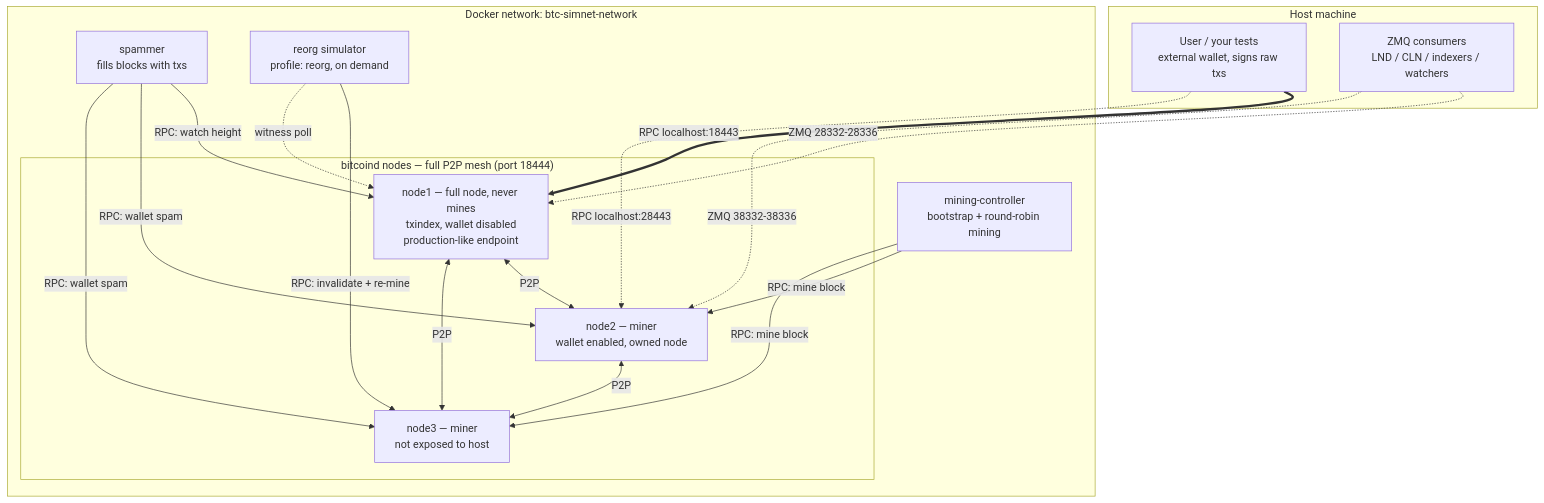
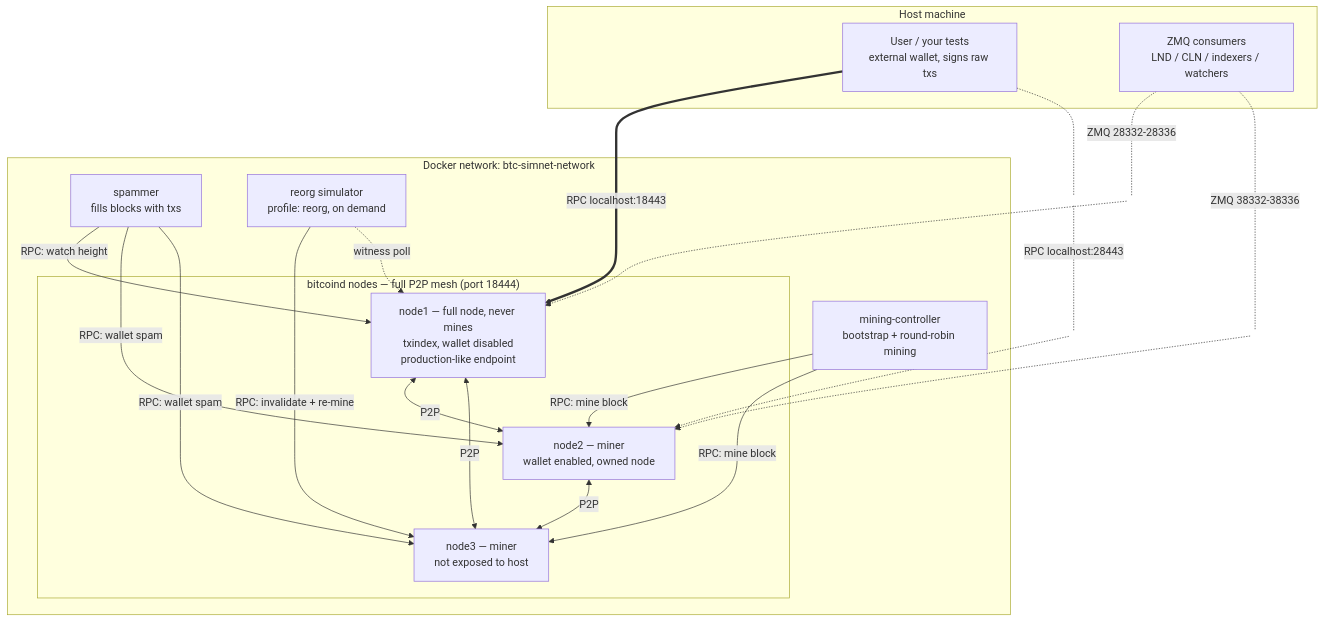
Before and after one commit to danielemiliogarcia/simchain: the first of 2 diagrams in README.md, drawn with Mermaid. The commit also changed other lines of this file and 1 other file, not shown here.

Commit message:
feat: mining controller see reorgs

````diff
--- a/README.md
+++ b/README.md
@@ -63,35 +63,50 @@
 ```mermaid
 flowchart TB
     subgraph host["Host machine"]
         user["User / your tests<br/>external wallet, signs raw txs"]
         zmqc["ZMQ consumers<br/>LND / CLN / indexers / watchers"]
     end
 
     subgraph net["Docker network: btc-simnet-network"]
         subgraph mesh["bitcoind nodes — full P2P mesh (port 18444)"]
             n1["node1 — full node, never mines<br/>txindex, wallet disabled<br/>production-like endpoint"]
             n2["node2 — miner<br/>wallet enabled, owned node"]
             n3["node3 — miner<br/>not exposed to host"]
         end
         mc["mining-controller<br/>bootstrap + round-robin mining"]
         sp["spammer<br/>fills blocks with txs"]
         rg["reorg simulator<br/>profile: reorg, on demand"]
     end
 
+    %% Invisible waypoints pull the host arrows apart so each port label
+    %% sits near the host boxes in open space instead of tangling with the
+    %% other arrows.
+    zmq1(( )):::waypoint
+    rpc2a(( )):::waypoint
+    rpc2(( )):::waypoint
+    zmq2(( )):::waypoint
+
     user ==>|"RPC localhost:18443"| n1
-    user -.->|"RPC localhost:28443"| n2
-    zmqc -.->|"ZMQ 28332-28336"| n1
-    zmqc -.->|"ZMQ 38332-38336"| n2
+    zmqc -.-|"ZMQ 28332-28336"| zmq1
+    zmq1 -.-> n1
+
+    user -.- rpc2a
+    rpc2a -.-|"RPC localhost:28443"| rpc2
+    rpc2 -.-> n2
+    zmqc -.-|"ZMQ 38332-38336"| zmq2
+    zmq2 -.-> n2
 
     n1 <-->|P2P| n2
     n1 <-->|P2P| n3
     n2 <-->|P2P| n3
 
     mc -->|"RPC: mine block"| n2
     mc -->|"RPC: mine block"| n3
     sp -->|"RPC: watch height"| n1
     sp -->|"RPC: wallet spam"| n2
     sp -->|"RPC: wallet spam"| n3
     rg -->|"RPC: invalidate + re-mine"| n3
     rg -.->|"witness poll"| n1
+
+    classDef waypoint width:0px,height:0px,fill:none,stroke:none
 ```
````
